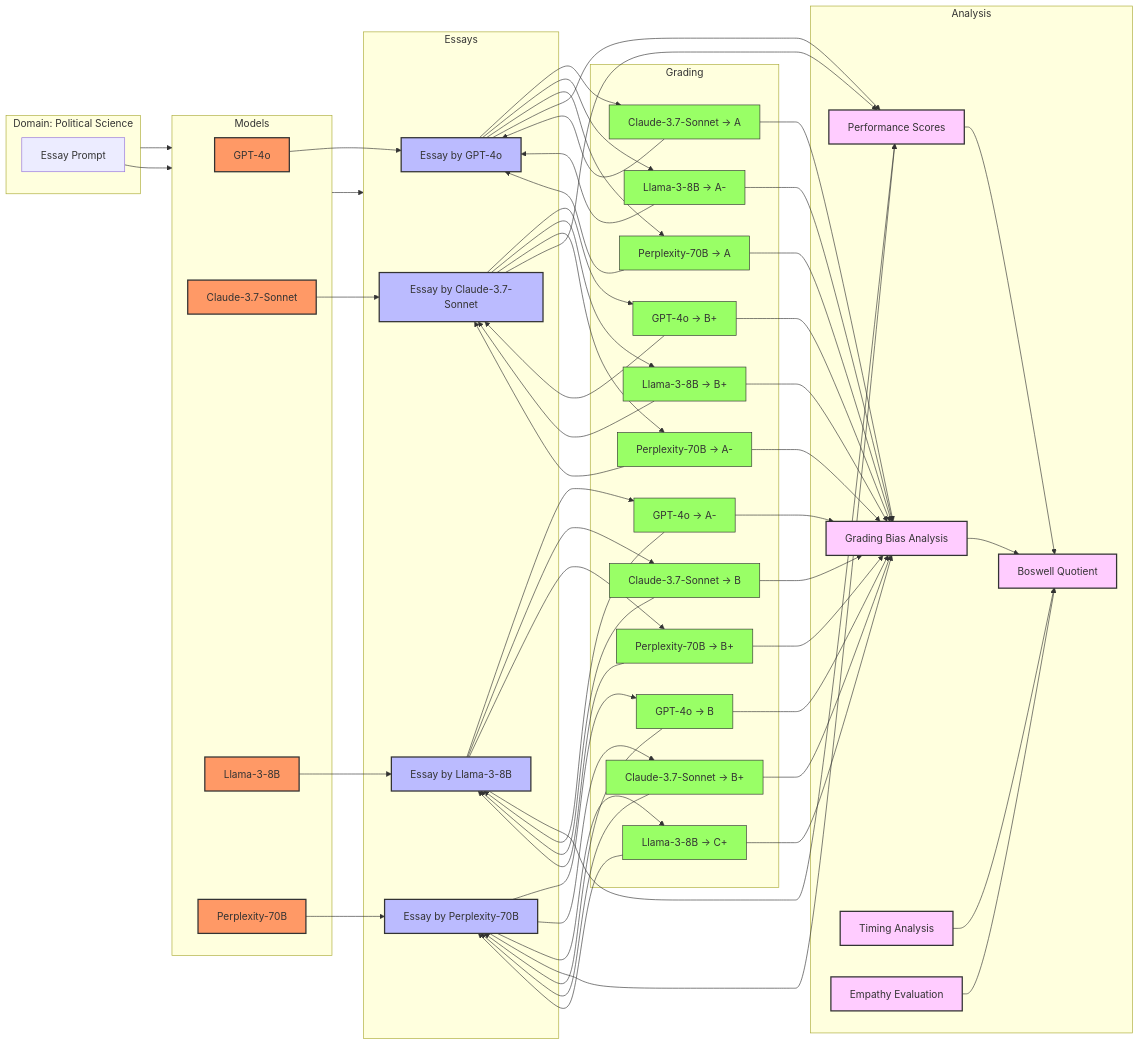
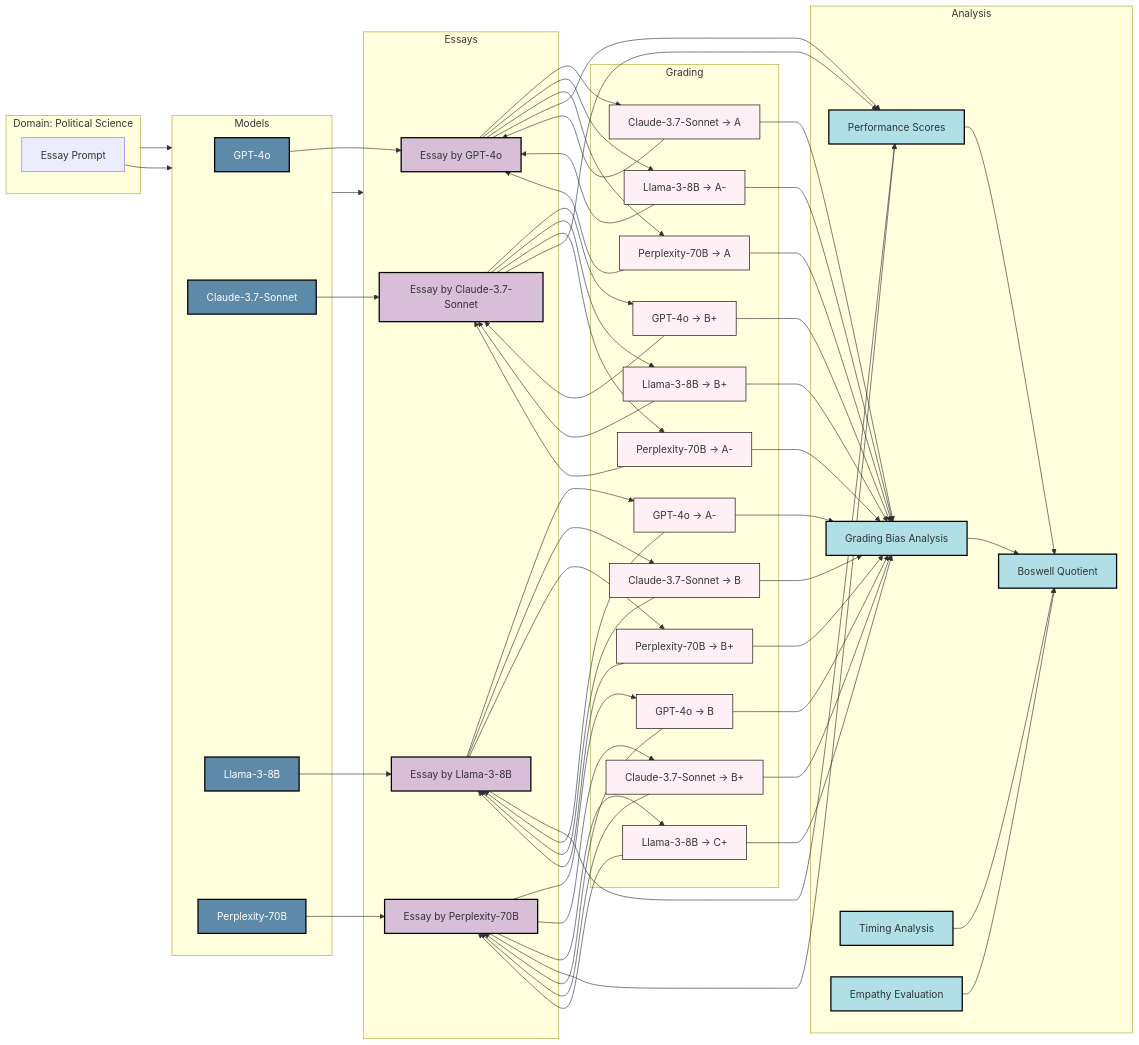
Before and after one commit to referential-ai/boswell-test: the second of 3 diagrams in docs/technical/model_interaction.md, drawn with Mermaid. The commit also changed other lines of this file, not shown here.

```diff
--- a/docs/technical/model_interaction.md
+++ b/docs/technical/model_interaction.md
@@ -184,10 +184,10 @@
     Time --> BQ
     Emp --> BQ
 
-    classDef modelNode fill:#f96,stroke:#333,stroke-width:2px
-    classDef essayNode fill:#bbf,stroke:#333,stroke-width:2px
-    classDef gradeNode fill:#9f6,stroke:#333,stroke-width:1px
-    classDef analysisNode fill:#fcf,stroke:#333,stroke-width:2px
+    classDef modelNode fill:#5d8aa8,stroke:#000,stroke-width:2px,color:#fff
+    classDef essayNode fill:#d8bfd8,stroke:#000,stroke-width:2px
+    classDef gradeNode fill:#fff0f5,stroke:#000,stroke-width:1px
+    classDef analysisNode fill:#b0e0e6,stroke:#000,stroke-width:2px
     
     class M1,M2,M3,M4 modelNode
     class E1,E2,E3,E4 essayNode
```
